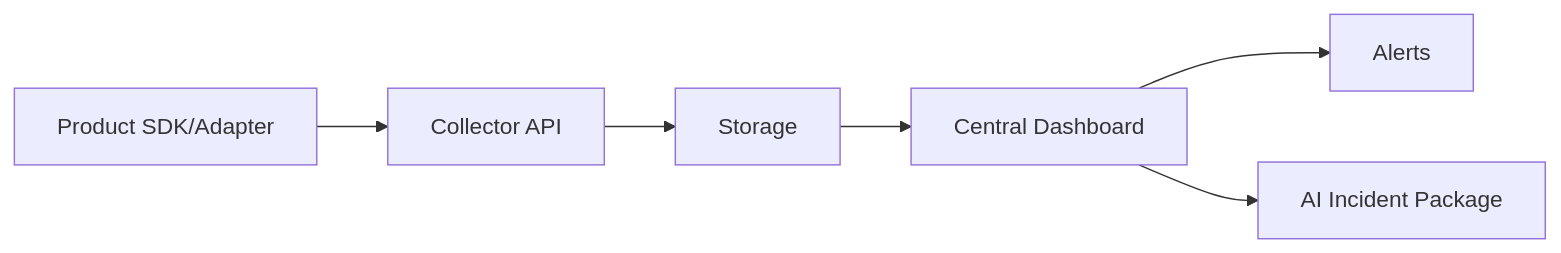
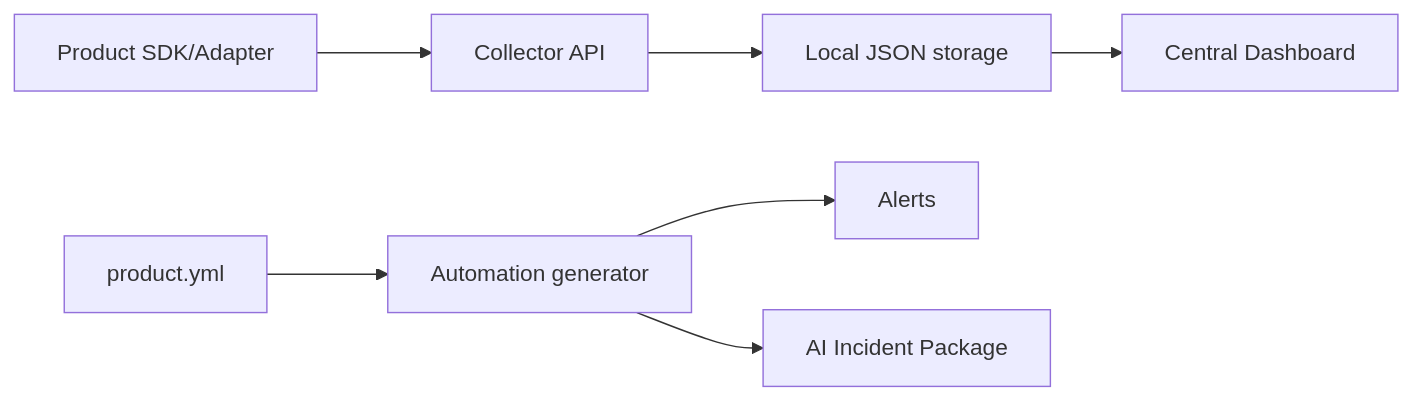
Before and after one commit to shubaomi/ai-product-reliability-kit: the second of 2 diagrams in docs/architecture.md, drawn with Mermaid. The commit also changed other lines of this file and 33 other files, not shown here.

````diff
--- a/docs/architecture.md
+++ b/docs/architecture.md
@@ -33,8 +37,9 @@
 ```mermaid
 flowchart LR
   A["Product SDK/Adapter"] --> B["Collector API"]
-  B --> C["Storage"]
+  B --> C["Local JSON storage"]
   C --> D["Central Dashboard"]
-  D --> E["Alerts"]
-  D --> F["AI Incident Package"]
+  G["product.yml"] --> H["Automation generator"]
+  H --> E["Alerts"]
+  H --> F["AI Incident Package"]
 ```
````
